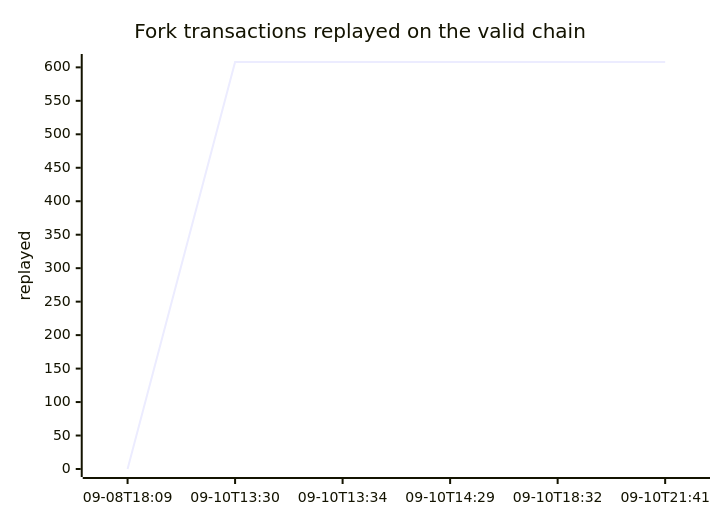
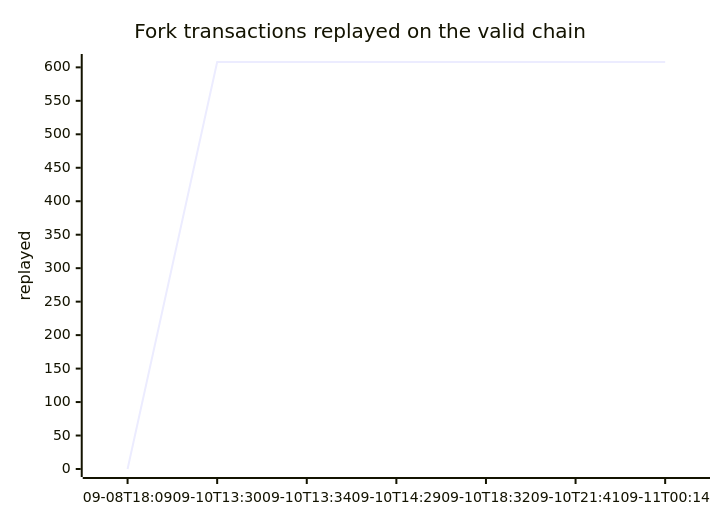
Before and after one commit to orangesurf/liquid-transaction-replay-monitor: the first of 2 diagrams in README.md, drawn with Mermaid. The commit also changed other lines of this file and 2 other files, not shown here.

````diff
--- a/README.md
+++ b/README.md
@@ -24,7 +24,7 @@
 ```mermaid
 xychart-beta
     title "Fork transactions replayed on the valid chain"
-    x-axis ["09-08T18:09", "09-10T13:30", "09-10T13:34", "09-10T14:29", "09-10T18:32", "09-10T21:41"]
+    x-axis ["09-08T18:09", "09-10T13:30", "09-10T13:34", "09-10T14:29", "09-10T18:32", "09-10T21:41", "09-11T00:14"]
     y-axis "replayed" 0 --> 608
-    line [0, 608, 608, 608, 608, 608]
+    line [0, 608, 608, 608, 608, 608, 608]
 ```
````
